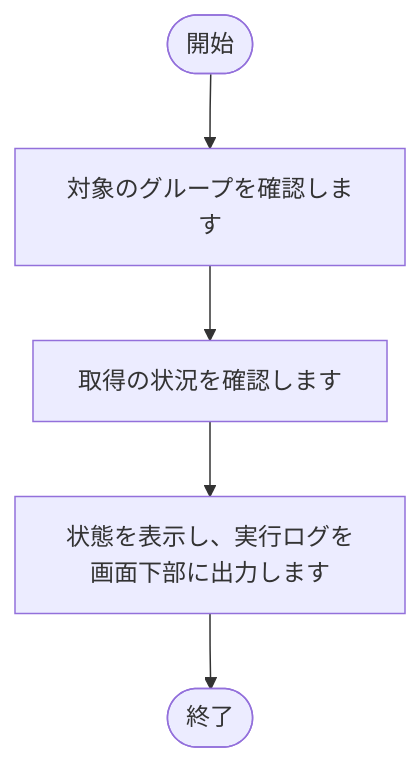
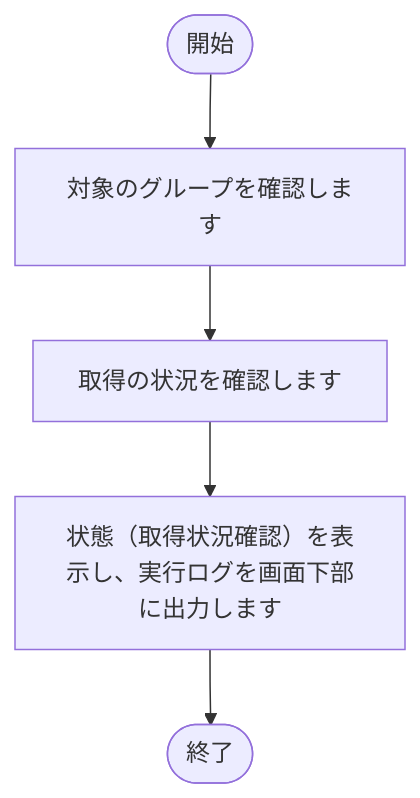
One commit to nishida2073/project_management changed the fourth of 28 diagrams in tool/track-aggregator/doc/02_設計/処理フロー.md. Above: the diagram before and after it, drawn with Mermaid. The commit also changed other lines of this file and 19 other files, not shown here.

````diff
--- a/tool/track-aggregator/doc/02_設計/処理フロー.md
+++ b/tool/track-aggregator/doc/02_設計/処理フロー.md
@@ -112,12 +114,12 @@
 ```mermaid
 flowchart TD
     S(["開始"])
     E(["終了"])
     N1["対象のグループを確認します"]
     S --> N1
     N2["取得の状況を確認します"]
     N1 --> N2
-    N3["状態を表示し、実行ログを画面下部に出力します"]
+    N3["状態（取得状況確認）を表示し、実行ログを画面下部に出力します"]
     N2 --> N3
     N3 --> E
 ```
````
